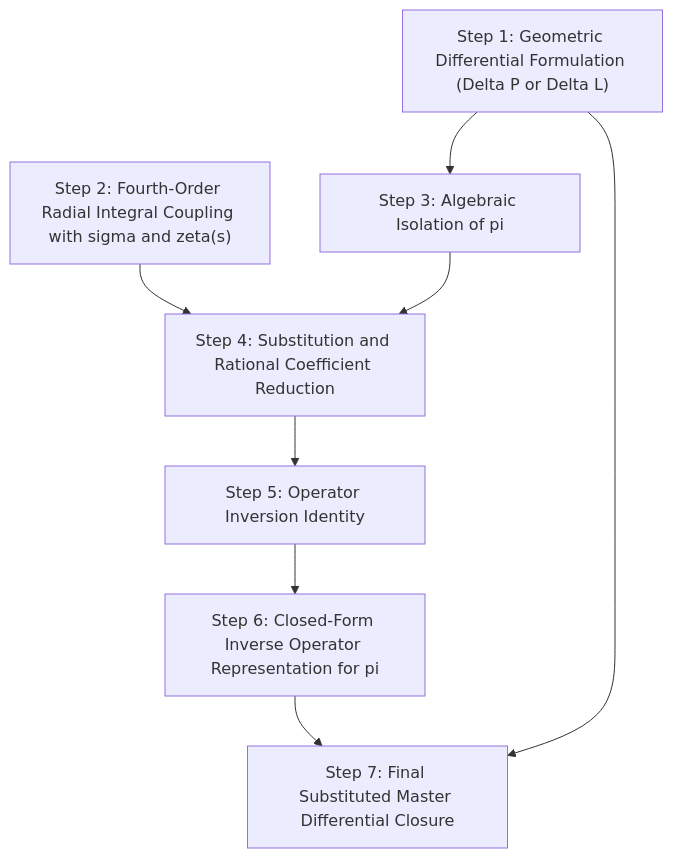
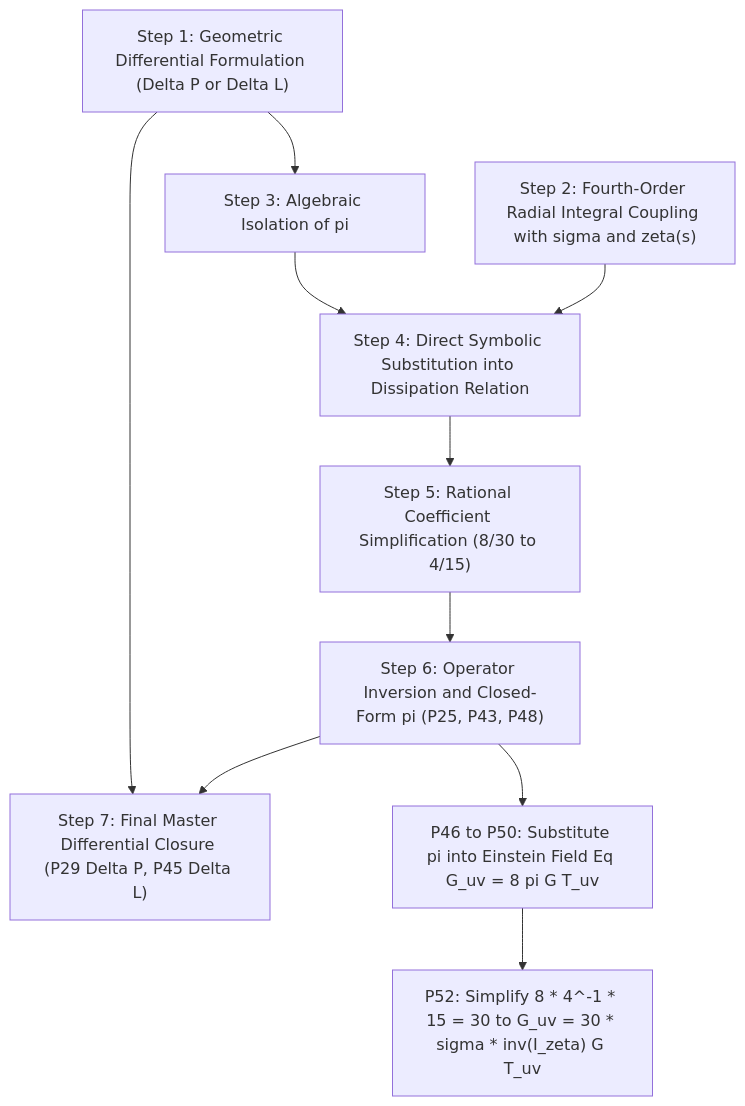
Before and after one commit to SamuelPurba/Samuel-Navier-Stocks-Equation-Solution: the first of 3 diagrams in README.md, drawn with Mermaid. The commit also changed other lines of this file and 5 other files, not shown here.

````diff
--- a/README.md
+++ b/README.md
@@ -310,10 +335,12 @@
 ```mermaid
 flowchart TD
     S1["Step 1: Geometric Differential Formulation (Delta P or Delta L)"] --> S3["Step 3: Algebraic Isolation of pi"]
-    S2["Step 2: Fourth-Order Radial Integral Coupling with sigma and zeta(s)"] --> S4["Step 4: Substitution and Rational Coefficient Reduction"]
+    S2["Step 2: Fourth-Order Radial Integral Coupling with sigma and zeta(s)"] --> S4["Step 4: Direct Symbolic Substitution into Dissipation Relation"]
     S3 --> S4
-    S4 --> S5["Step 5: Operator Inversion Identity"]
-    S5 --> S6["Step 6: Closed-Form Inverse Operator Representation for pi"]
-    S6 --> S7["Step 7: Final Substituted Master Differential Closure"]
+    S4 --> S5["Step 5: Rational Coefficient Simplification (8/30 to 4/15)"]
+    S5 --> S6["Step 6: Operator Inversion and Closed-Form pi (P25, P43, P48)"]
+    S6 --> S7["Step 7: Final Master Differential Closure (P29 Delta P, P45 Delta L)"]
     S1 --> S7
+    S6 --> E1["P46 to P50: Substitute pi into Einstein Field Eq G_uv = 8 pi G T_uv"]
+    E1 --> E2["P52: Simplify 8 * 4^-1 * 15 = 30 to G_uv = 30 * sigma * inv(I_zeta) G T_uv"]
 ```
````
